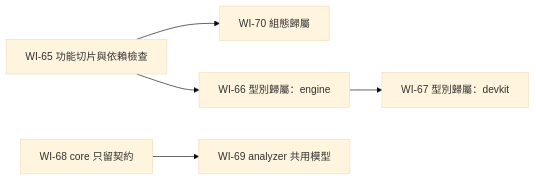
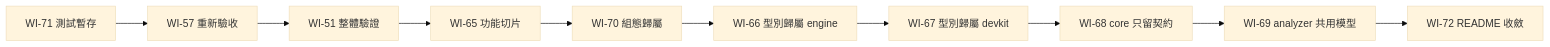
Before and after one commit to lanyitin/runline: the diagram in docs/draft/architecture-simplification/work-items/README.md, drawn with Mermaid (base theme). The commit also changed other lines of this file and 16 other files, not shown here.

````diff
--- a/docs/draft/architecture-simplification/work-items/README.md
+++ b/docs/draft/architecture-simplification/work-items/README.md
@@ -14,7 +22,7 @@
 ```mermaid
 flowchart LR
-  WI65[WI-65 功能切片與依賴檢查] --> WI70[WI-70 組態歸屬]
-  WI65 --> WI66[WI-66 型別歸屬：engine]
-  WI66 --> WI67[WI-67 型別歸屬：devkit]
-  WI68[WI-68 core 只留契約] --> WI69[WI-69 analyzer 共用模型]
+  WI71[WI-71 測試暫存] --> WI57[WI-57 重新驗收] --> WI51[WI-51 整體驗證]
+  WI51 --> WI65[WI-65 功能切片] --> WI70[WI-70 組態歸屬] --> WI66[WI-66 型別歸屬 engine]
+  WI66 --> WI67[WI-67 型別歸屬 devkit] --> WI68[WI-68 core 只留契約] --> WI69[WI-69 analyzer 共用模型]
+  WI69 --> WI72[WI-72 README 收斂]
 ```
````
